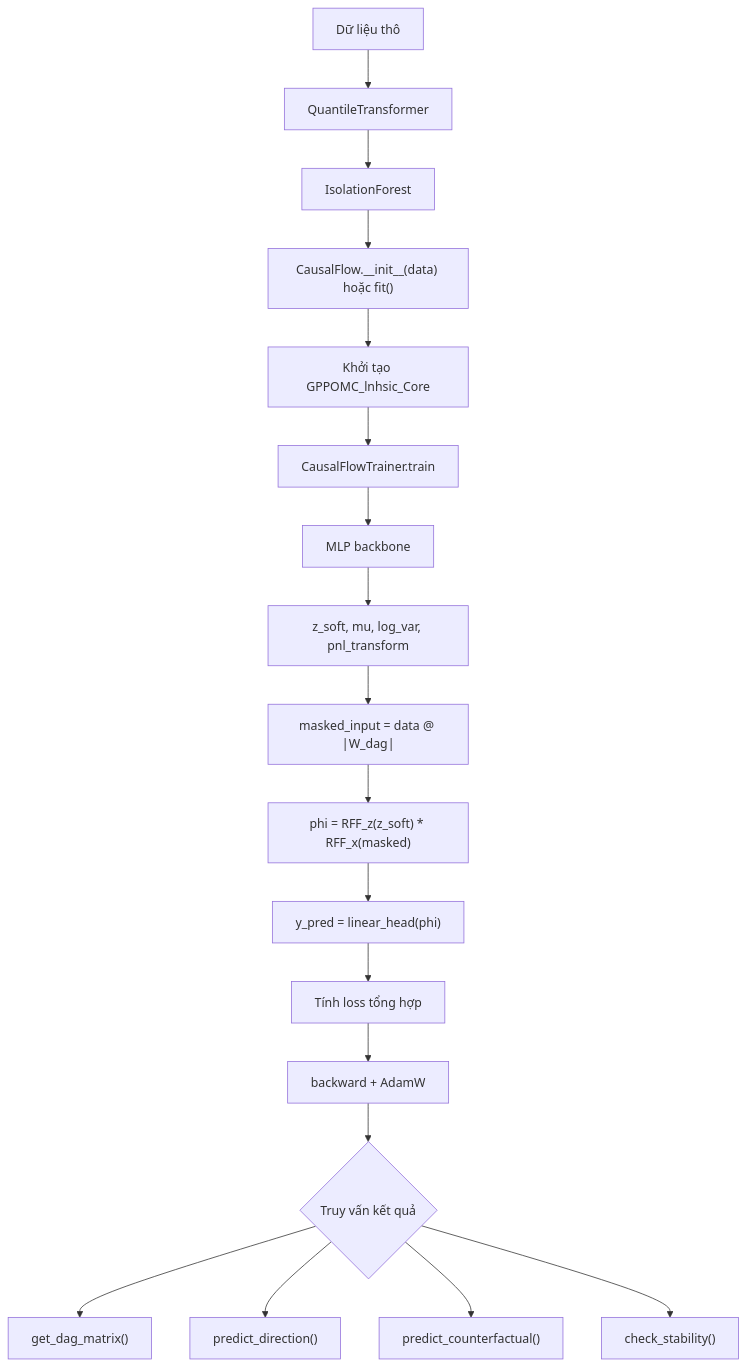
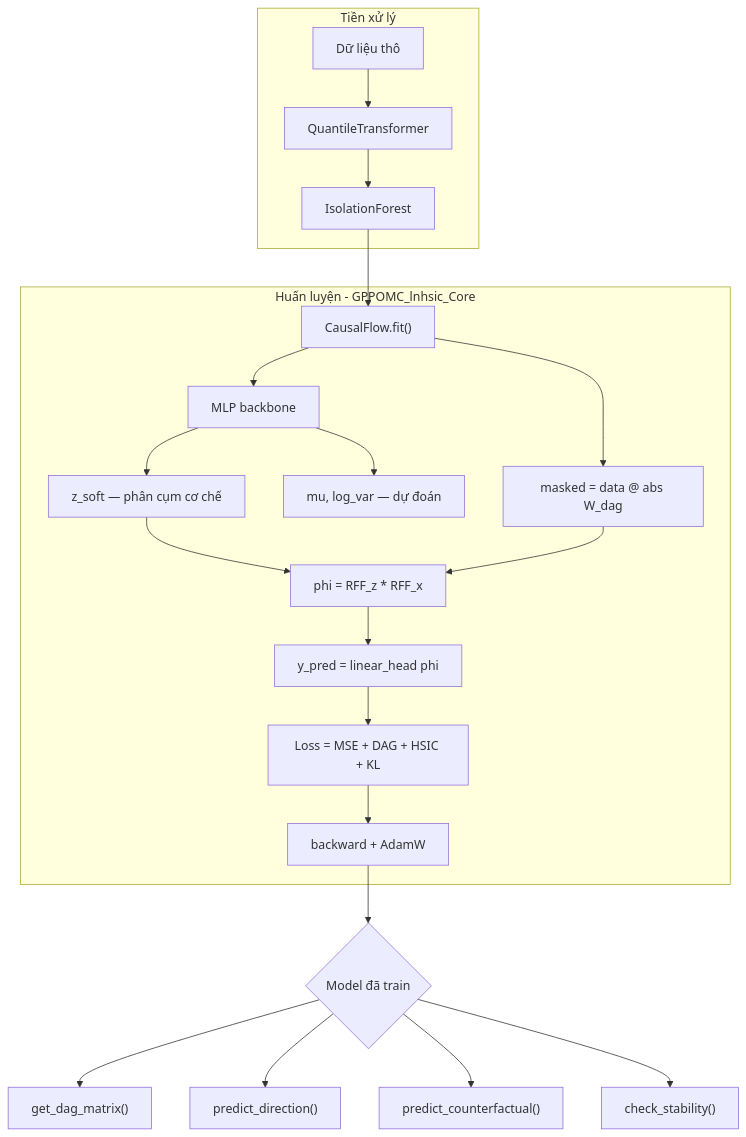
The first of 9 diagrams in ARCH.md (manhthai1706/DeepANM), drawn with Mermaid before and after one commit.

Commit message:
docs: restructure system overview into 3-tier layout

````diff
--- a/ARCH.md
+++ b/ARCH.md
@@ -9,20 +9,28 @@
 ```mermaid
 graph TD
-    A[Dữ liệu thô] --> B[QuantileTransformer]
-    B --> C[IsolationForest]
-    C --> D["CausalFlow.__init__(data) hoặc fit()"]
-    D --> E[Khởi tạo GPPOMC_lnhsic_Core]
-    E --> F[CausalFlowTrainer.train]
-    F --> G[MLP backbone]
-    G --> H["z_soft, mu, log_var, pnl_transform"]
-    H --> I["masked_input = data @ |W_dag|"]
-    I --> J["phi = RFF_z(z_soft) * RFF_x(masked)"]
-    J --> K["y_pred = linear_head(phi)"]
-    K --> L["Tính loss tổng hợp"]
-    L --> M["backward + AdamW"]
-    M --> N{Truy vấn kết quả}
-    N --> O["get_dag_matrix()"]
-    N --> P["predict_direction()"]
-    N --> Q["predict_counterfactual()"]
-    N --> R["check_stability()"]
+    subgraph PP ["Tiền xử lý"]
+        A[Dữ liệu thô] --> B[QuantileTransformer]
+        B --> C[IsolationForest]
+    end
+
+    C --> D["CausalFlow.fit()"]
+
+    subgraph TRAIN ["Huấn luyện - GPPOMC_lnhsic_Core"]
+        D --> E[MLP backbone]
+        E --> F["z_soft — phân cụm cơ chế"]
+        E --> G["mu, log_var — dự đoán"]
+        D --> H["masked = data @ abs W_dag"]
+        F --> I["phi = RFF_z * RFF_x"]
+        H --> I
+        I --> J["y_pred = linear_head phi"]
+        J --> K["Loss = MSE + DAG + HSIC + KL"]
+        K --> L["backward + AdamW"]
+    end
+
+    L --> M{Model đã train}
+
+    M --> N["get_dag_matrix()"]
+    M --> O["predict_direction()"]
+    M --> P["predict_counterfactual()"]
+    M --> Q["check_stability()"]
 ```
````
